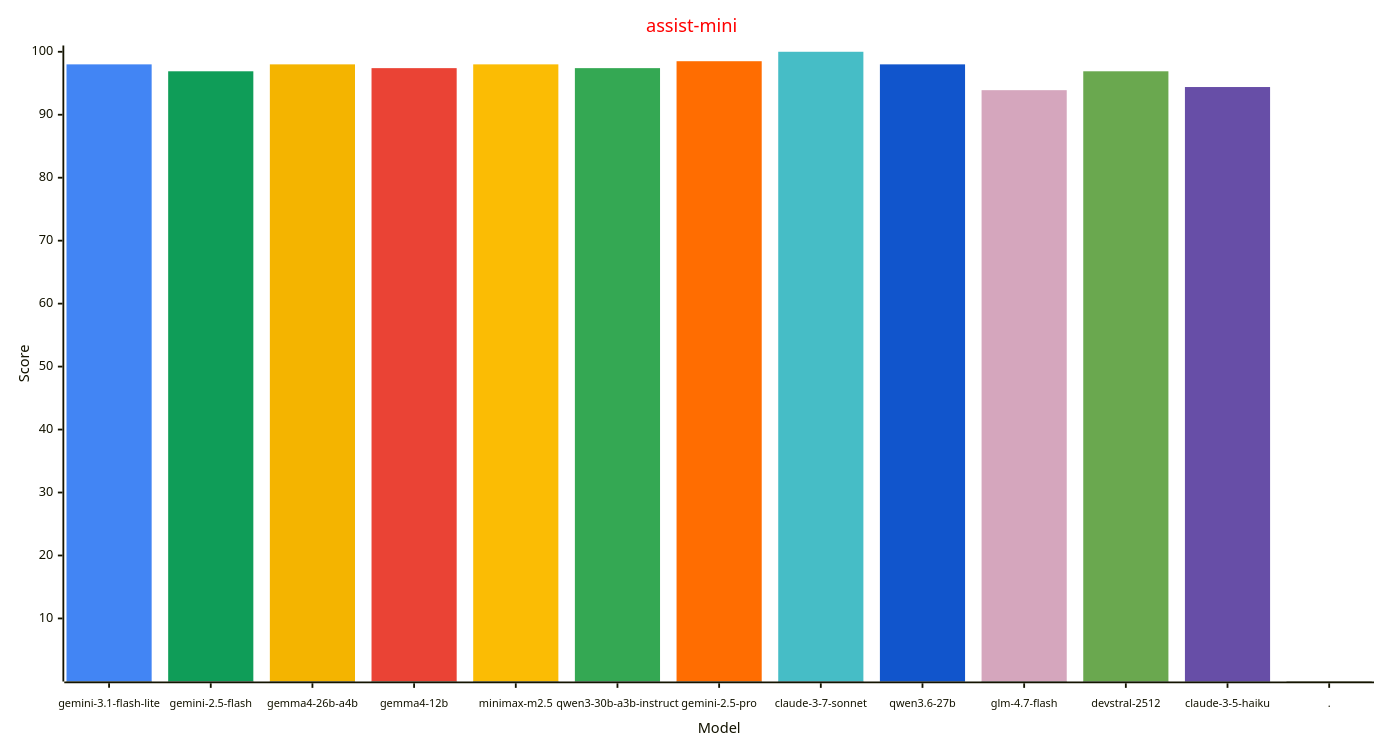
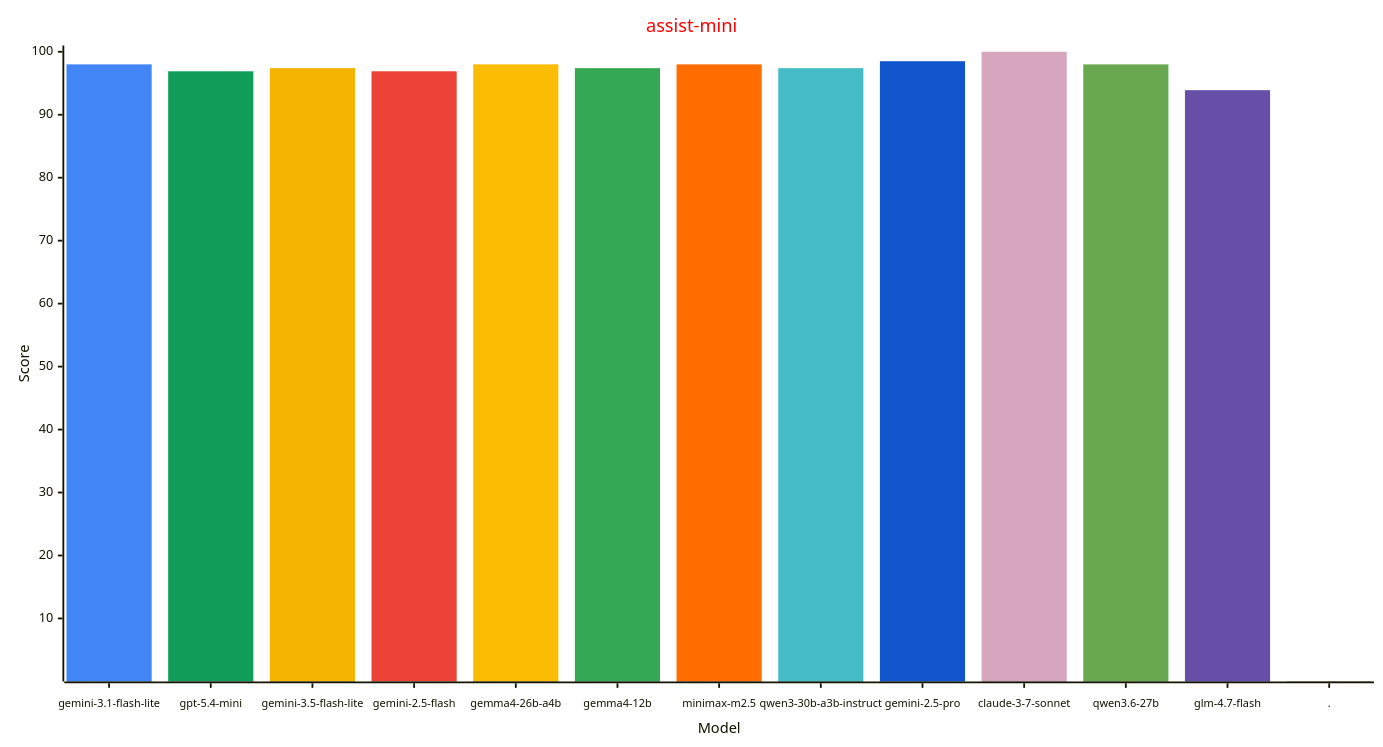
The second of 4 diagrams in reports/README.md (allenporter/home-assistant-datasets), drawn with Mermaid before and after one commit. The commit also changed other lines of this file and 2094 other files, not shown here.

First line of the commit message:
Add gpt-5.4-mini and gemini-3.5-flash-lite results (#351)

````diff
--- a/reports/README.md
+++ b/reports/README.md
@@ -128,33 +130,33 @@
 ```mermaid
 ---
 config:
     xyChart:
         width: 1500
         height: 800
         xAxis:
           labelFontSize: 12
           labelPadding: 8
     themeVariables:
         xyChart:
             titleColor: "#ff0000"
             plotColorPalette: "#4285f4, #0f9d58, #f4b400, #ea4335, #fbbc04, #34a853, #ff6d01, #46bdc6, #1155cc, #d5a6bd, #6aa84f, #674ea7, #4285f4"
 
 ---
 xychart-beta
   title "assist-mini"
-  x-axis "Model" [gemini-3.1-flash-lite, gemini-2.5-flash, gemma4-26b-a4b, gemma4-12b, minimax-m2.5, qwen3-30b-a3b-instruct, gemini-2.5-pro, claude-3-7-sonnet, qwen3.6-27b, glm-4.7-flash, devstral-2512, claude-3-5-haiku, .]
+  x-axis "Model" [gemini-3.1-flash-lite, gpt-5.4-mini, gemini-3.5-flash-lite, gemini-2.5-flash, gemma4-26b-a4b, gemma4-12b, minimax-m2.5, qwen3-30b-a3b-instruct, gemini-2.5-pro, claude-3-7-sonnet, qwen3.6-27b, glm-4.7-flash, .]
   y-axis "Score" 1 --> 100
   bar [98.0, 0.0, 0.0, 0.0, 0.0, 0.0, 0.0, 0.0, 0.0, 0.0, 0.0, 0.0, 0.0]
   bar [0.0, 96.9, 0.0, 0.0, 0.0, 0.0, 0.0, 0.0, 0.0, 0.0, 0.0, 0.0, 0.0]
-  bar [0.0, 0.0, 98.0, 0.0, 0.0, 0.0, 0.0, 0.0, 0.0, 0.0, 0.0, 0.0, 0.0]
-  bar [0.0, 0.0, 0.0, 97.4, 0.0, 0.0, 0.0, 0.0, 0.0, 0.0, 0.0, 0.0, 0.0]
+  bar [0.0, 0.0, 97.4, 0.0, 0.0, 0.0, 0.0, 0.0, 0.0, 0.0, 0.0, 0.0, 0.0]
+  bar [0.0, 0.0, 0.0, 96.9, 0.0, 0.0, 0.0, 0.0, 0.0, 0.0, 0.0, 0.0, 0.0]
   bar [0.0, 0.0, 0.0, 0.0, 98.0, 0.0, 0.0, 0.0, 0.0, 0.0, 0.0, 0.0, 0.0]
   bar [0.0, 0.0, 0.0, 0.0, 0.0, 97.4, 0.0, 0.0, 0.0, 0.0, 0.0, 0.0, 0.0]
-  bar [0.0, 0.0, 0.0, 0.0, 0.0, 0.0, 98.5, 0.0, 0.0, 0.0, 0.0, 0.0, 0.0]
-  bar [0.0, 0.0, 0.0, 0.0, 0.0, 0.0, 0.0, 100.0, 0.0, 0.0, 0.0, 0.0, 0.0]
-  bar [0.0, 0.0, 0.0, 0.0, 0.0, 0.0, 0.0, 0.0, 98.0, 0.0, 0.0, 0.0, 0.0]
-  bar [0.0, 0.0, 0.0, 0.0, 0.0, 0.0, 0.0, 0.0, 0.0, 93.9, 0.0, 0.0, 0.0]
-  bar [0.0, 0.0, 0.0, 0.0, 0.0, 0.0, 0.0, 0.0, 0.0, 0.0, 96.9, 0.0, 0.0]
-  bar [0.0, 0.0, 0.0, 0.0, 0.0, 0.0, 0.0, 0.0, 0.0, 0.0, 0.0, 94.4, 0.0]
+  bar [0.0, 0.0, 0.0, 0.0, 0.0, 0.0, 98.0, 0.0, 0.0, 0.0, 0.0, 0.0, 0.0]
+  bar [0.0, 0.0, 0.0, 0.0, 0.0, 0.0, 0.0, 97.4, 0.0, 0.0, 0.0, 0.0, 0.0]
+  bar [0.0, 0.0, 0.0, 0.0, 0.0, 0.0, 0.0, 0.0, 98.5, 0.0, 0.0, 0.0, 0.0]
+  bar [0.0, 0.0, 0.0, 0.0, 0.0, 0.0, 0.0, 0.0, 0.0, 100.0, 0.0, 0.0, 0.0]
+  bar [0.0, 0.0, 0.0, 0.0, 0.0, 0.0, 0.0, 0.0, 0.0, 0.0, 98.0, 0.0, 0.0]
+  bar [0.0, 0.0, 0.0, 0.0, 0.0, 0.0, 0.0, 0.0, 0.0, 0.0, 0.0, 93.9, 0.0]
   bar [0.0, 0.0, 0.0, 0.0, 0.0, 0.0, 0.0, 0.0, 0.0, 0.0, 0.0, 0.0, -1.0]
 ```
````
